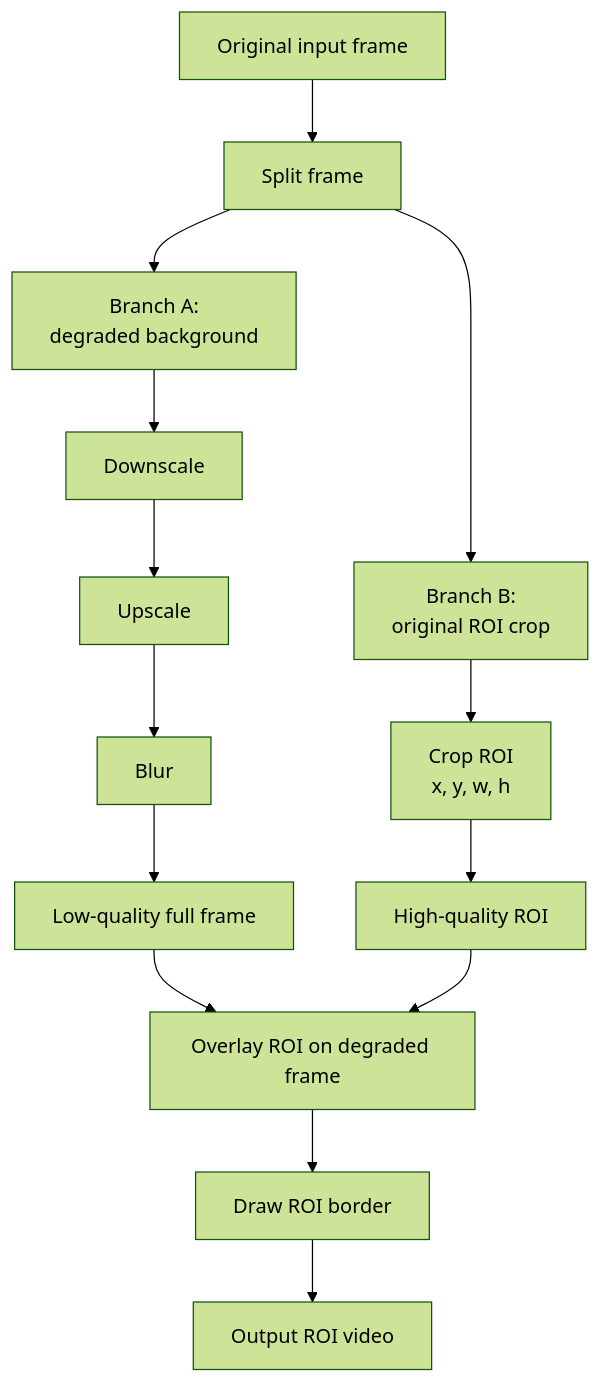
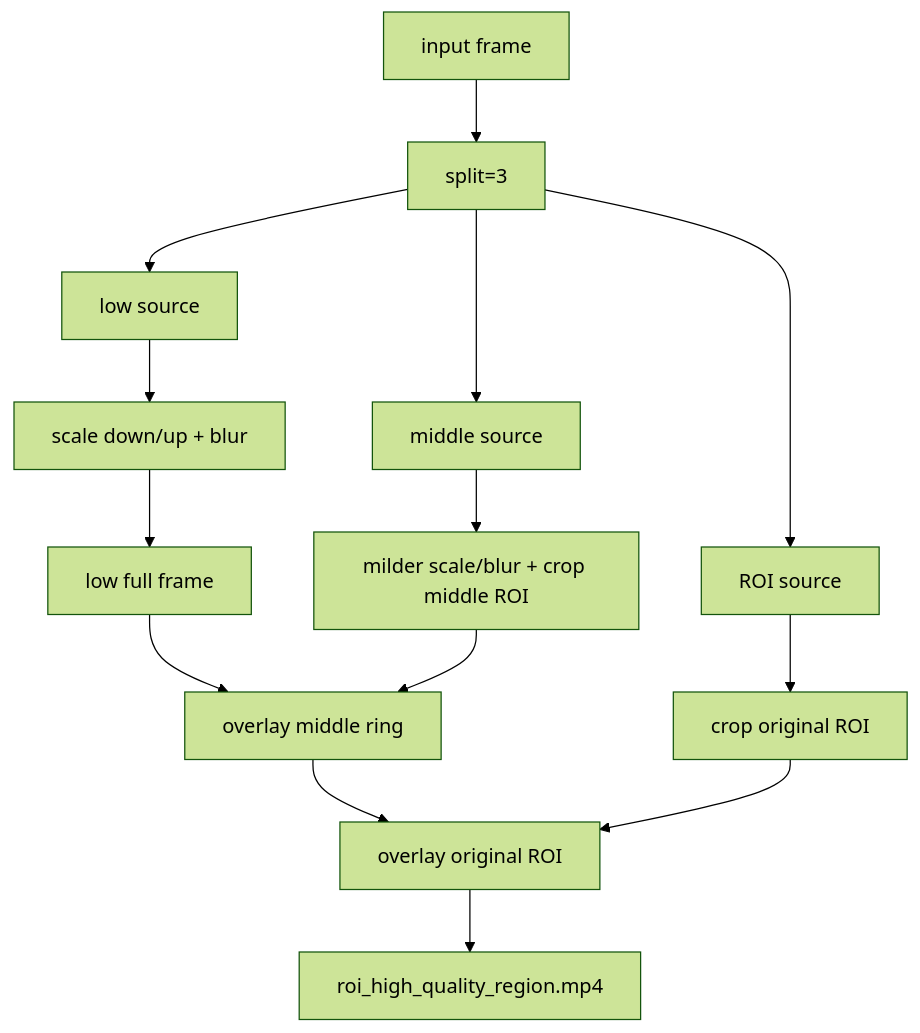
Before and after one commit to Manabreaker/ROI_based_video_encoding: the second of 2 diagrams in docs/README.md, drawn with Mermaid (forest theme). The commit also changed other lines of this file and 33 other files, not shown here.

Commit message:
feat: * refactor ROI pipeline * split main into files * add unit tests docs: add stage_2 presentation

````diff
--- a/docs/README.md
+++ b/docs/README.md
@@ -99,21 +40,16 @@
 ```mermaid
 flowchart TD
-    A["Original input frame"] --> B["Split frame"]
-
-    B --> C["Branch A:<br/>degraded background"]
-    B --> D["Branch B:<br/>original ROI crop"]
-
-    C --> C1["Downscale"]
-    C1 --> C2["Upscale"]
-    C2 --> C3["Blur"]
-    C3 --> E["Low-quality full frame"]
-
-    D --> D1["Crop ROI<br/>x, y, w, h"]
-    D1 --> F["High-quality ROI"]
-
-    E --> G["Overlay ROI on degraded frame"]
-    F --> G
-
-    G --> H["Draw ROI border"]
-    H --> I["Output ROI video"]
+    A["input frame"] --> B["split=3"]
+    B --> C["low source"]
+    B --> D["middle source"]
+    B --> E["ROI source"]
+    C --> C1["scale down/up + blur"]
+    D --> D1["milder scale/blur + crop middle ROI"]
+    E --> E1["crop original ROI"]
+    C1 --> F["low full frame"]
+    F --> G["overlay middle ring"]
+    D1 --> G
+    G --> H["overlay original ROI"]
+    E1 --> H
+    H --> I["roi_high_quality_region.mp4"]
 ```
````
